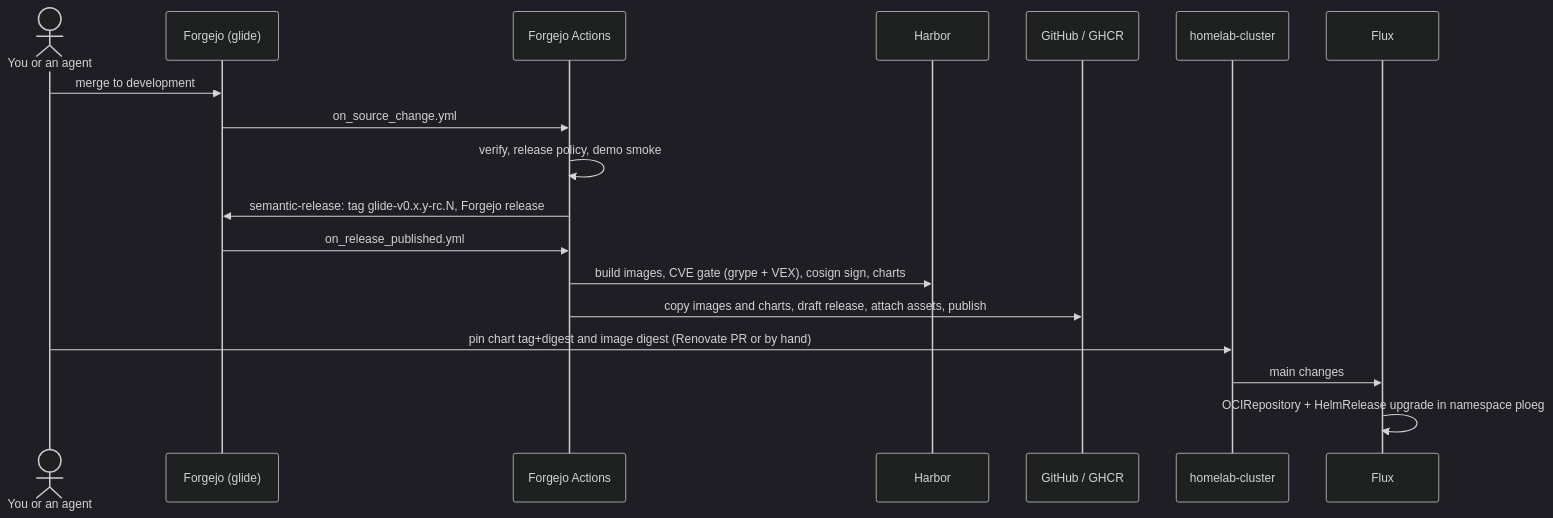
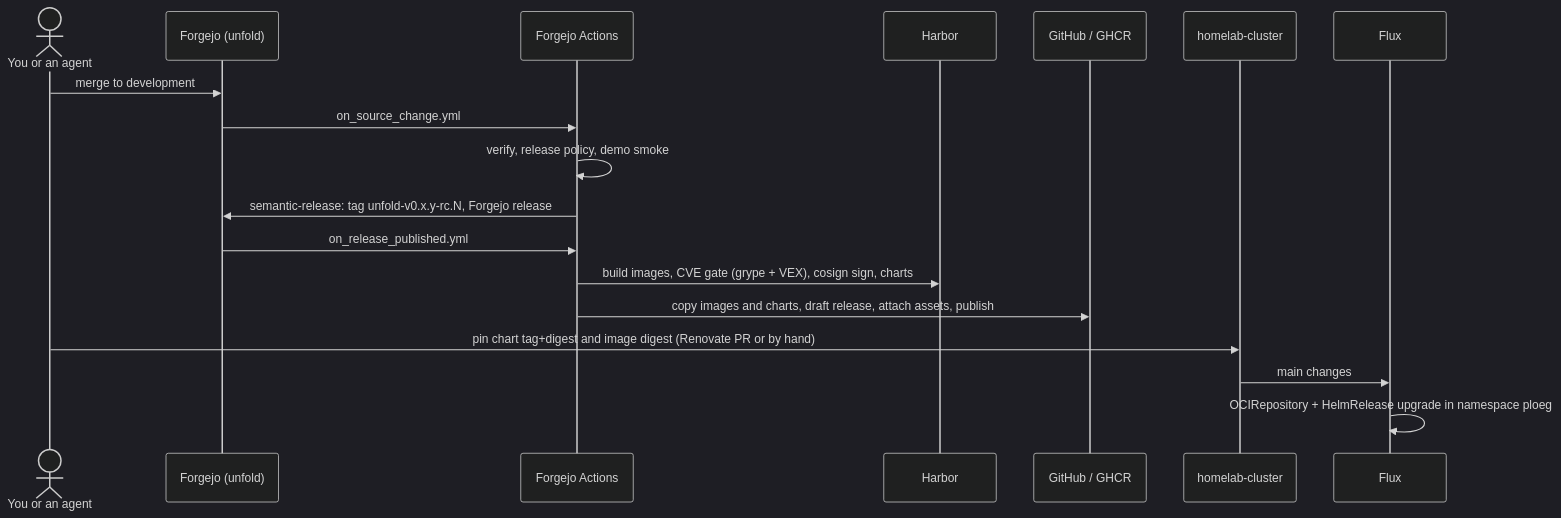
One commit to webgrip/unfold changed the second of 5 diagrams in docs/concepts/journeys.md. Above: the diagram before and after it, drawn with Mermaid (dark theme). The commit also changed other lines of this file and 197 other files, not shown here.

First line of the commit message:
refactor: rename the product from Glide to Unfold

````diff
--- a/docs/concepts/journeys.md
+++ b/docs/concepts/journeys.md
@@ -70,20 +70,20 @@
 ```mermaid
 sequenceDiagram
     actor Dev as You or an agent
-    participant FJ as Forgejo (glide)
+    participant FJ as Forgejo (unfold)
     participant CI as Forgejo Actions
     participant H as Harbor
     participant GH as GitHub / GHCR
     participant HC as homelab-cluster
     participant Flux
     Dev->>FJ: merge to development
     FJ->>CI: on_source_change.yml
     CI->>CI: verify, release policy, demo smoke
-    CI->>FJ: semantic-release: tag glide-v0.x.y-rc.N, Forgejo release
+    CI->>FJ: semantic-release: tag unfold-v0.x.y-rc.N, Forgejo release
     FJ->>CI: on_release_published.yml
     CI->>H: build images, CVE gate (grype + VEX), cosign sign, charts
     CI->>GH: copy images and charts, draft release, attach assets, publish
     Dev->>HC: pin chart tag+digest and image digest (Renovate PR or by hand)
     HC->>Flux: main changes
     Flux->>Flux: OCIRepository + HelmRelease upgrade in namespace ploeg
 ```
````
